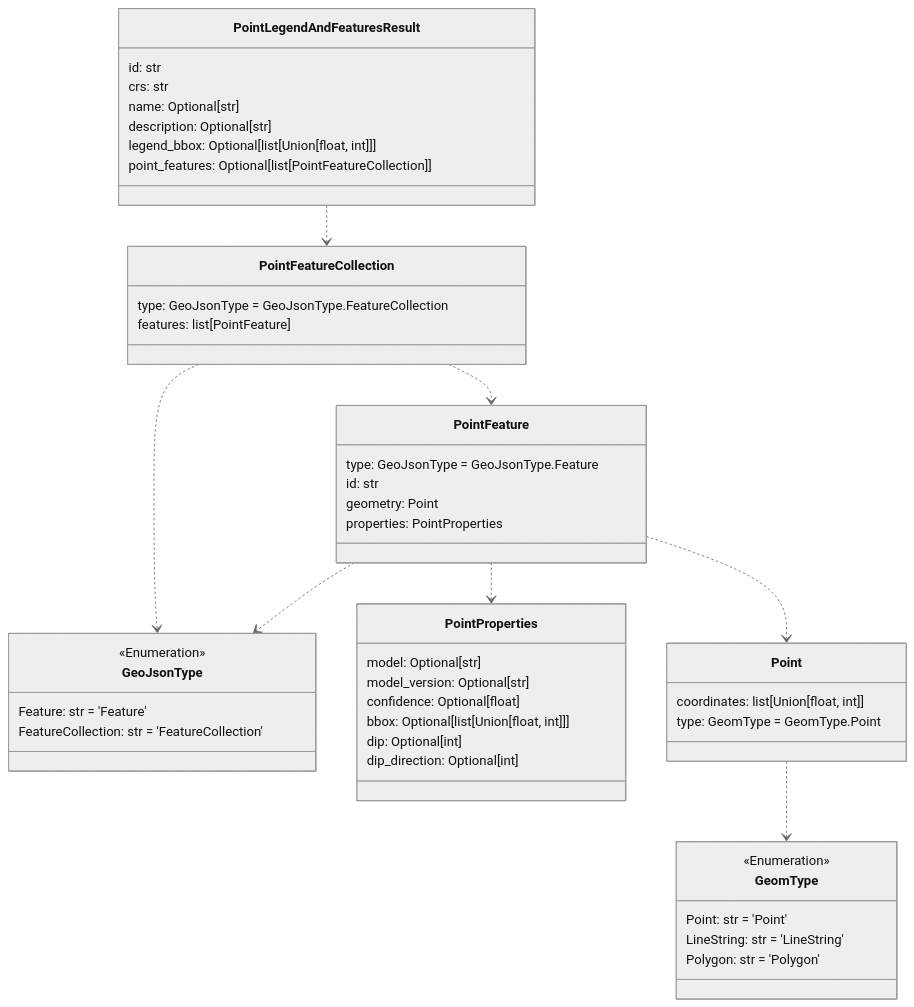
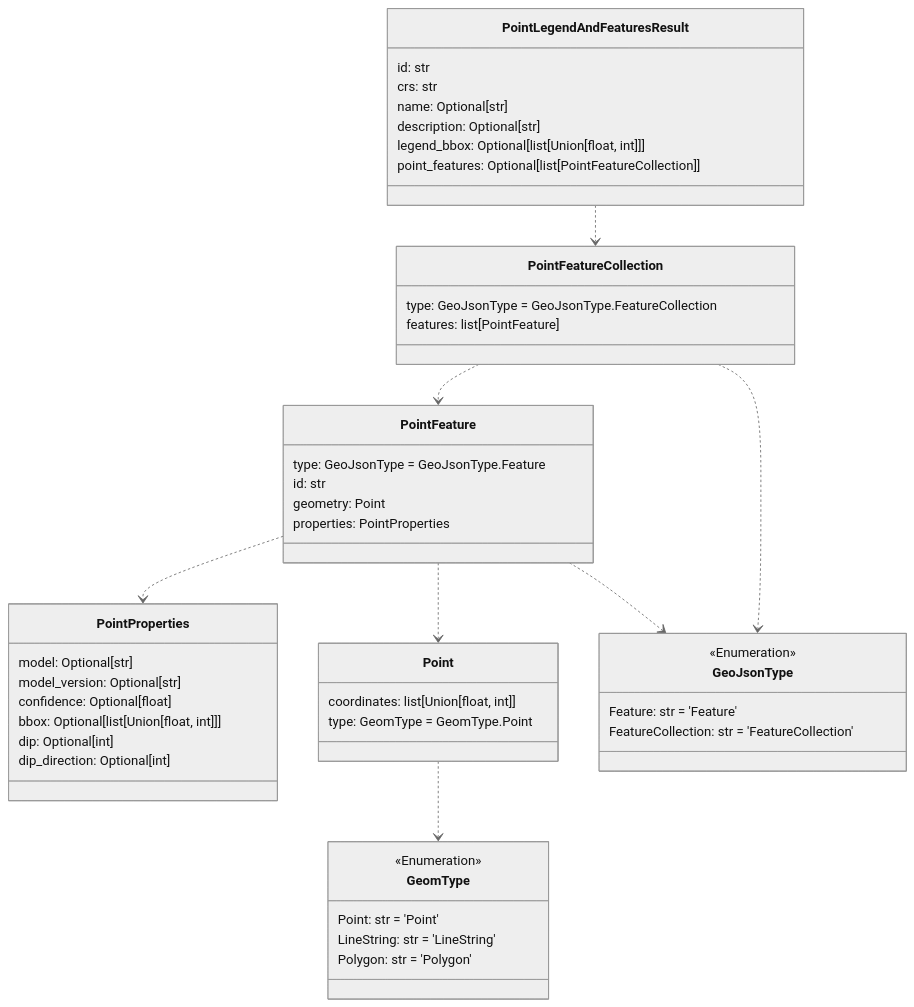
One commit to DARPA-CRITICALMAAS/cdr_schemas changed the fourth of 6 diagrams in README.md. Above: the diagram before and after it, drawn with Mermaid (neutral theme). The commit also changed other lines of this file and 4 other files, not shown here.

Commit message:
Better diagrams

````diff
--- a/README.md
+++ b/README.md
@@ -264,61 +264,61 @@
 ```mermaid
 classDiagram
+
+    class PointProperties {
+        model: Optional[str]
+        model_version: Optional[str]
+        confidence: Optional[float]
+        bbox: Optional[list[Union[float, int]]]
+        dip: Optional[int]
+        dip_direction: Optional[int]
+    }
 
     class PointFeatureCollection {
         type: GeoJsonType = GeoJsonType.FeatureCollection
         features: list[PointFeature]
     }
 
-    class GeomType {
+    class Point {
+        coordinates: list[Union[float, int]]
+        type: GeomType = GeomType.Point
+    }
+
+    class GeoJsonType {
         <<Enumeration>>
-        Point: str = 'Point'
-        LineString: str = 'LineString'
-        Polygon: str = 'Polygon'
+        Feature: str = 'Feature'
+        FeatureCollection: str = 'FeatureCollection'
     }
 
     class PointLegendAndFeaturesResult {
         id: str
         crs: str
         name: Optional[str]
         description: Optional[str]
         legend_bbox: Optional[list[Union[float, int]]]
         point_features: Optional[list[PointFeatureCollection]]
     }
 
-    class PointProperties {
-        model: Optional[str]
-        model_version: Optional[str]
-        confidence: Optional[float]
-        bbox: Optional[list[Union[float, int]]]
-        dip: Optional[int]
-        dip_direction: Optional[int]
-    }
-
     class PointFeature {
         type: GeoJsonType = GeoJsonType.Feature
         id: str
         geometry: Point
         properties: PointProperties
     }
 
-    class GeoJsonType {
+    class GeomType {
         <<Enumeration>>
-        Feature: str = 'Feature'
-        FeatureCollection: str = 'FeatureCollection'
-    }
-
-    class Point {
-        coordinates: list[Union[float, int]]
-        type: GeomType = GeomType.Point
+        Point: str = 'Point'
+        LineString: str = 'LineString'
+        Polygon: str = 'Polygon'
     }
 
     Point ..> GeomType
     PointFeature ..> GeoJsonType
     PointFeature ..> PointProperties
     PointFeature ..> Point
     PointFeatureCollection ..> GeoJsonType
     PointFeatureCollection ..> PointFeature
     PointLegendAndFeaturesResult ..> PointFeatureCollection
 
 
 ```
````
